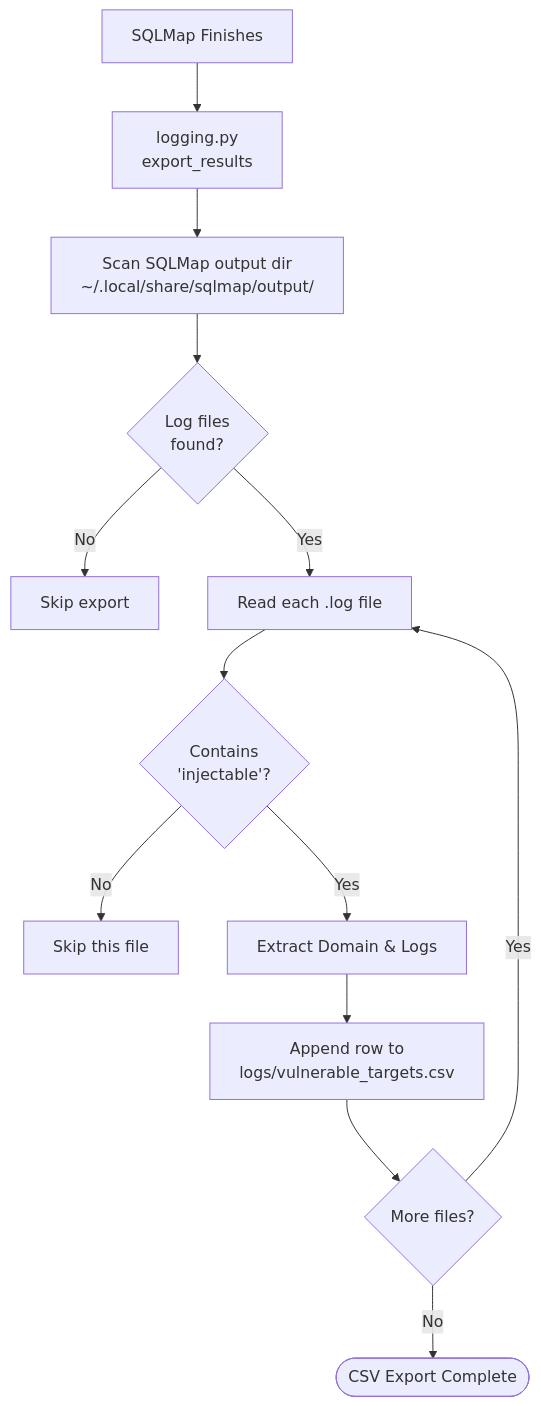
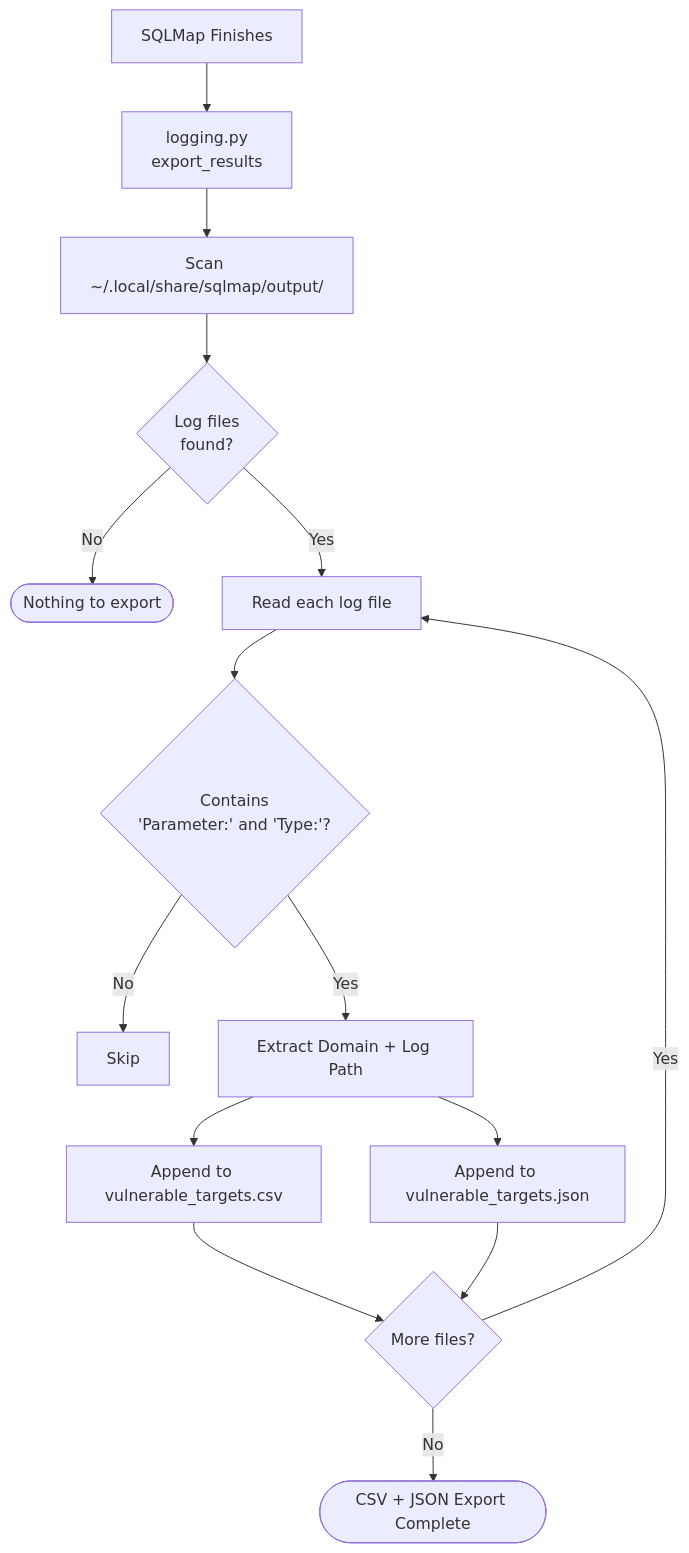
Before and after one commit to syed-sameer-ul-hassan/SQL-Easy: diagram 11 of 14 in README.md, drawn with Mermaid. The commit also changed other lines of this file and 26 other files, not shown here.

````diff
--- a/README.md
+++ b/README.md
@@ -214,15 +460,16 @@
 ```mermaid
 flowchart TD
     A[SQLMap Finishes] --> B[logging.py\nexport_results]
-    B --> C[Scan SQLMap output dir\n~/.local/share/sqlmap/output/]
+    B --> C[Scan ~/.local/share/sqlmap/output/]
     C --> D{Log files\nfound?}
-    D -->|No| E[Skip export]
-    D -->|Yes| F[Read each .log file]
-    F --> G{Contains\n'injectable'?}
-    G -->|No| H[Skip this file]
-    G -->|Yes| I[Extract Domain & Logs]
-    I --> J[Append row to\nlogs/vulnerable_targets.csv]
-    J --> K{More files?}
-    K -->|Yes| F
-    K -->|No| L([CSV Export Complete])
+    D -->|No| E([Nothing to export])
+    D -->|Yes| F[Read each log file]
+    F --> G{Contains\n'Parameter:' and 'Type:'?}
+    G -->|No| H[Skip]
+    G -->|Yes| I[Extract Domain + Log Path]
+    I --> J[Append to vulnerable_targets.csv]
+    I --> K[Append to vulnerable_targets.json]
+    J & K --> L{More files?}
+    L -->|Yes| F
+    L -->|No| M([CSV + JSON Export Complete])
 ```
````
